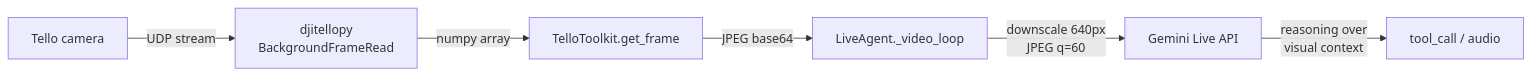
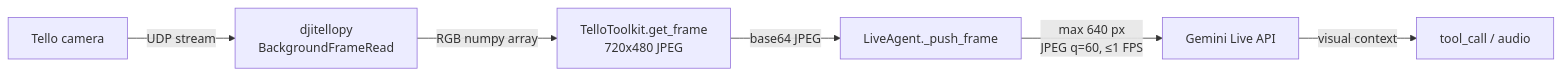
One commit to AyushRajgor/Tello-autonomous changed the sixth of 7 diagrams in docs/workflow.md. Above: the diagram before and after it, drawn with Mermaid. The commit also changed other lines of this file and 50 other files, not shown here.

````diff
--- a/docs/workflow.md
+++ b/docs/workflow.md
@@ -239,8 +293,8 @@
 ```mermaid
 graph LR
     Drone[Tello camera] -->|UDP stream| dji[djitellopy<br/>BackgroundFrameRead]
-    dji -->|numpy array| TK[TelloToolkit.get_frame]
-    TK -->|JPEG base64| LV[LiveAgent._video_loop]
-    LV -->|downscale 640px<br/>JPEG q=60| GM[Gemini Live API]
-    GM -->|reasoning over<br/>visual context| Tool[tool_call / audio]
+    dji -->|RGB numpy array| TK[TelloToolkit.get_frame<br/>720x480 JPEG]
+    TK -->|base64 JPEG| LV[LiveAgent._push_frame]
+    LV -->|max 640 px<br/>JPEG q=60, ≤1 FPS| GM[Gemini Live API]
+    GM -->|visual context| Tool[tool_call / audio]
 ```
````
